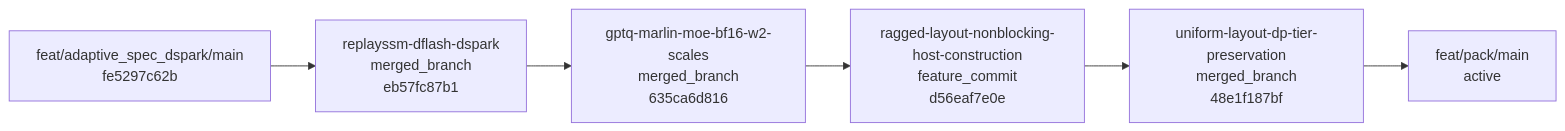
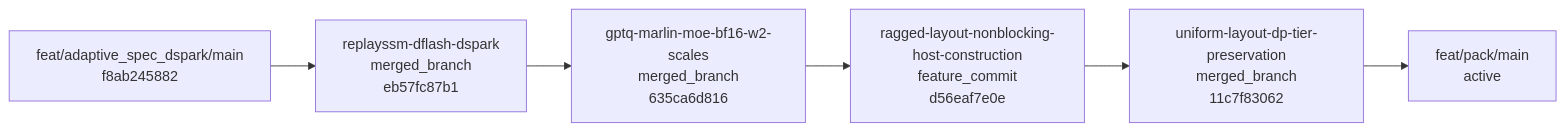
Before and after one commit to EanWang211123/sglang: the second of 4 diagrams in BRANCH_GRAPH.md, drawn with Mermaid. The commit also changed other lines of this file and 4 other files, not shown here.

````diff
--- a/BRANCH_GRAPH.md
+++ b/BRANCH_GRAPH.md
@@ -57,16 +57,16 @@
 ```mermaid
 flowchart LR
-    stack_base_adaptive_dspark_replayssm_gptq_marlin_pack["feat/adaptive_spec_dspark/main<br/>fe5297c62b"]
+    stack_base_adaptive_dspark_replayssm_gptq_marlin_pack["feat/adaptive_spec_dspark/main<br/>f8ab245882"]
     stack_adaptive_dspark_replayssm_gptq_marlin_pack_1["replayssm-dflash-dspark<br/>merged_branch<br/>eb57fc87b1"]
     stack_base_adaptive_dspark_replayssm_gptq_marlin_pack --> stack_adaptive_dspark_replayssm_gptq_marlin_pack_1
     click stack_adaptive_dspark_replayssm_gptq_marlin_pack_1 "https://github.com/sgl-project/sglang/pull/36683"
     stack_adaptive_dspark_replayssm_gptq_marlin_pack_2["gptq-marlin-moe-bf16-w2-scales<br/>merged_branch<br/>635ca6d816"]
     stack_adaptive_dspark_replayssm_gptq_marlin_pack_1 --> stack_adaptive_dspark_replayssm_gptq_marlin_pack_2
     click stack_adaptive_dspark_replayssm_gptq_marlin_pack_2 "https://github.com/sgl-project/sglang/pull/35955"
     stack_adaptive_dspark_replayssm_gptq_marlin_pack_3["ragged-layout-nonblocking-host-construction<br/>feature_commit<br/>d56eaf7e0e"]
     stack_adaptive_dspark_replayssm_gptq_marlin_pack_2 --> stack_adaptive_dspark_replayssm_gptq_marlin_pack_3
-    stack_adaptive_dspark_replayssm_gptq_marlin_pack_4["uniform-layout-dp-tier-preservation<br/>merged_branch<br/>48e1f187bf"]
+    stack_adaptive_dspark_replayssm_gptq_marlin_pack_4["uniform-layout-dp-tier-preservation<br/>merged_branch<br/>11c7f83062"]
     stack_adaptive_dspark_replayssm_gptq_marlin_pack_3 --> stack_adaptive_dspark_replayssm_gptq_marlin_pack_4
     stack_output_adaptive_dspark_replayssm_gptq_marlin_pack["feat/pack/main<br/>active"]
     stack_adaptive_dspark_replayssm_gptq_marlin_pack_4 --> stack_output_adaptive_dspark_replayssm_gptq_marlin_pack
 ```
````
